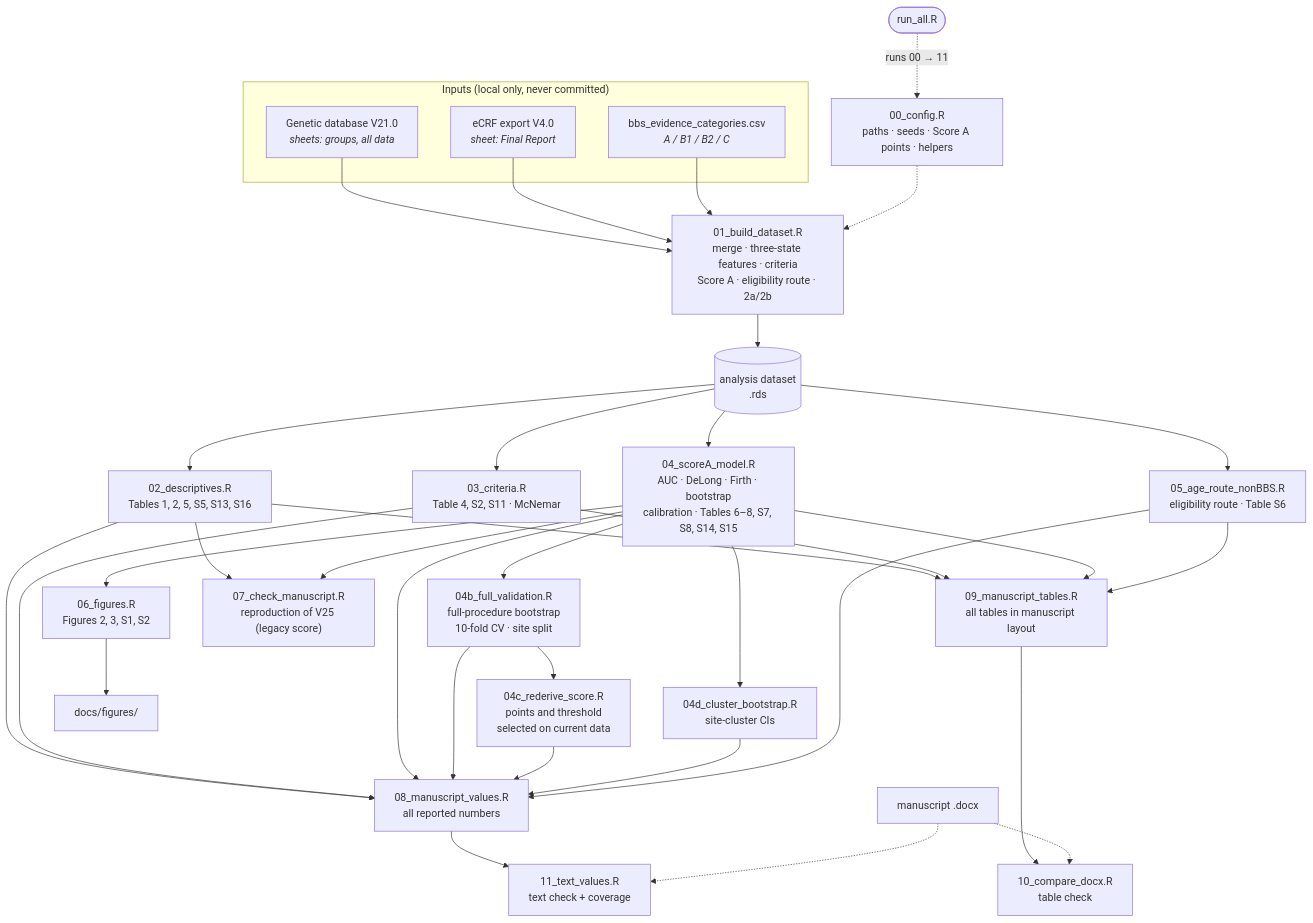
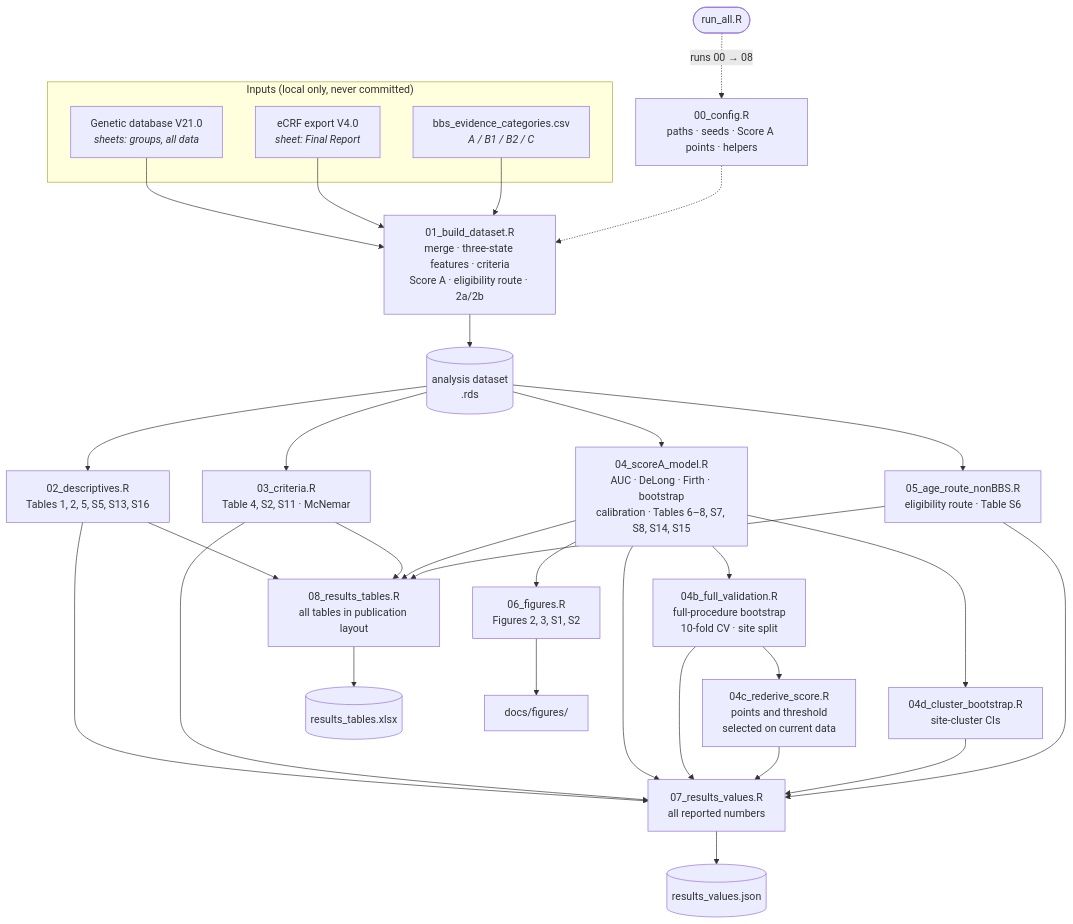
Before and after one commit to tanyatoluay/BBS_prediction_algorithm-: the second of 3 diagrams in README.md, drawn with Mermaid. The commit also changed other lines of this file and 8 other files, not shown here.

Commit message:
Analysis-only repository: results values and tables scripts; README updated

````diff
--- a/README.md
+++ b/README.md
@@ -70,32 +65,30 @@
 ```mermaid
 flowchart TD
     subgraph IN["Inputs (local only, never committed)"]
         G["Genetic database V21.0<br/><i>sheets: groups, all data</i>"]
         E["eCRF export V4.0<br/><i>sheet: Final Report</i>"]
         C["bbs_evidence_categories.csv<br/><i>A / B1 / B2 / C</i>"]
     end
     CFG["00_config.R<br/>paths · seeds · Score A points · helpers"]
     G & E & C --> B01
     CFG -.-> B01
     B01["01_build_dataset.R<br/>merge · three-state features · criteria<br/>Score A · eligibility route · 2a/2b"]
     B01 --> RDS[("analysis dataset<br/>.rds")]
 
     RDS --> S02["02_descriptives.R<br/>Tables 1, 2, 5, S5, S13, S16"]
     RDS --> S03["03_criteria.R<br/>Table 4, S2, S11 · McNemar"]
     RDS --> S04["04_scoreA_model.R<br/>AUC · DeLong · Firth · bootstrap<br/>calibration · Tables 6–8, S7, S8, S14, S15"]
     S04 --> S04B["04b_full_validation.R<br/>full-procedure bootstrap<br/>10-fold CV · site split"]
     S04B --> S04C["04c_rederive_score.R<br/>points and threshold<br/>selected on current data"]
     S04 --> S04D["04d_cluster_bootstrap.R<br/>site-cluster CIs"]
     RDS --> S05["05_age_route_nonBBS.R<br/>eligibility route · Table S6"]
     S04 --> S06["06_figures.R<br/>Figures 2, 3, S1, S2"]
 
-    S02 & S03 & S04 & S04B & S04C & S04D & S05 --> S08["08_manuscript_values.R<br/>all reported numbers"]
-    S02 & S03 & S04 & S05 --> S09["09_manuscript_tables.R<br/>all tables in manuscript layout"]
-    S09 --> S10["10_compare_docx.R<br/>table check"]
-    S08 --> S11["11_text_values.R<br/>text check + coverage"]
-    S02 & S04 --> S07["07_check_manuscript.R<br/>reproduction of V25 (legacy score)"]
-    DOCX["manuscript .docx"] -.-> S10 & S11
+    S02 & S03 & S04 & S04B & S04C & S04D & S05 --> S07["07_results_values.R<br/>all reported numbers"]
+    S02 & S03 & S04 & S05 --> S08["08_results_tables.R<br/>all tables in publication layout"]
+    S07 --> V[("results_values.json")]
+    S08 --> T[("results_tables.xlsx")]
     S06 --> FIG["docs/figures/"]
 
-    RUN(["run_all.R"]) -. runs 00 → 11 .-> CFG
+    RUN(["run_all.R"]) -. runs 00 → 08 .-> CFG
 ```
````
